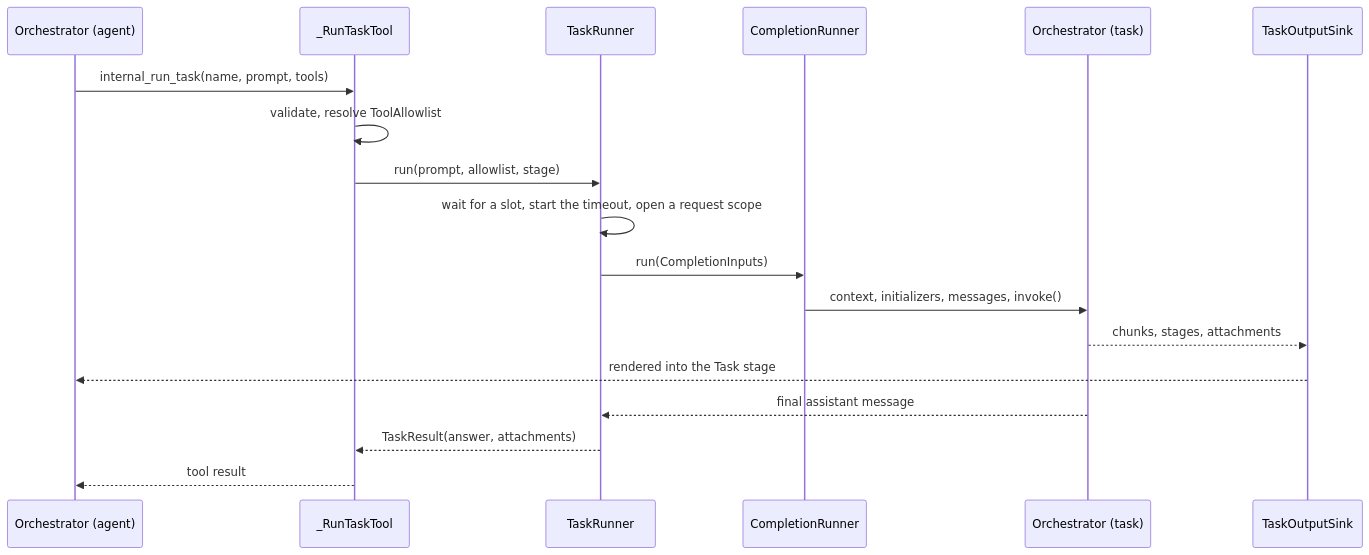
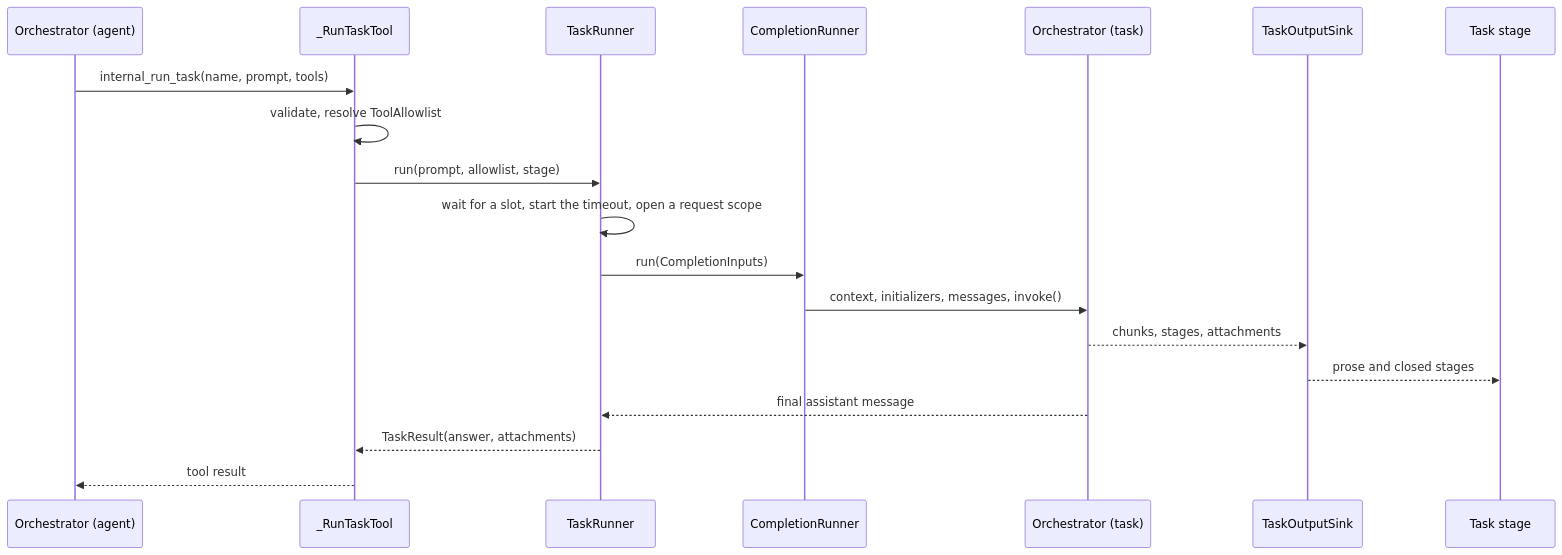
The diagram in docs/designs/run_task_tool.md (epam/ai-dial-quickapps-backend), drawn with Mermaid before and after one commit. The commit also changed other lines of this file, not shown here.

Commit message:
doc: approve the run_task tool design

````diff
--- a/docs/designs/run_task_tool.md
+++ b/docs/designs/run_task_tool.md
@@ -85,20 +85,21 @@
 ```mermaid
 sequenceDiagram
     participant Agent as Orchestrator (agent)
     participant Tool as _RunTaskTool
     participant Runner as TaskRunner
     participant CR as CompletionRunner
     participant Child as Orchestrator (task)
     participant Sink as TaskOutputSink
+    participant Stage as Task stage
     Agent->>Tool: internal_run_task(name, prompt, tools)
     Tool->>Tool: validate, resolve ToolAllowlist
     Tool->>Runner: run(prompt, allowlist, stage)
     Runner->>Runner: wait for a slot, start the timeout, open a request scope
     Runner->>CR: run(CompletionInputs)
     CR->>Child: context, initializers, messages, invoke()
     Child-->>Sink: chunks, stages, attachments
-    Sink-->>Agent: rendered into the Task stage
+    Sink-->>Stage: prose and closed stages
     Child-->>Runner: final assistant message
     Runner-->>Tool: TaskResult(answer, attachments)
     Tool-->>Agent: tool result
 ```
````
